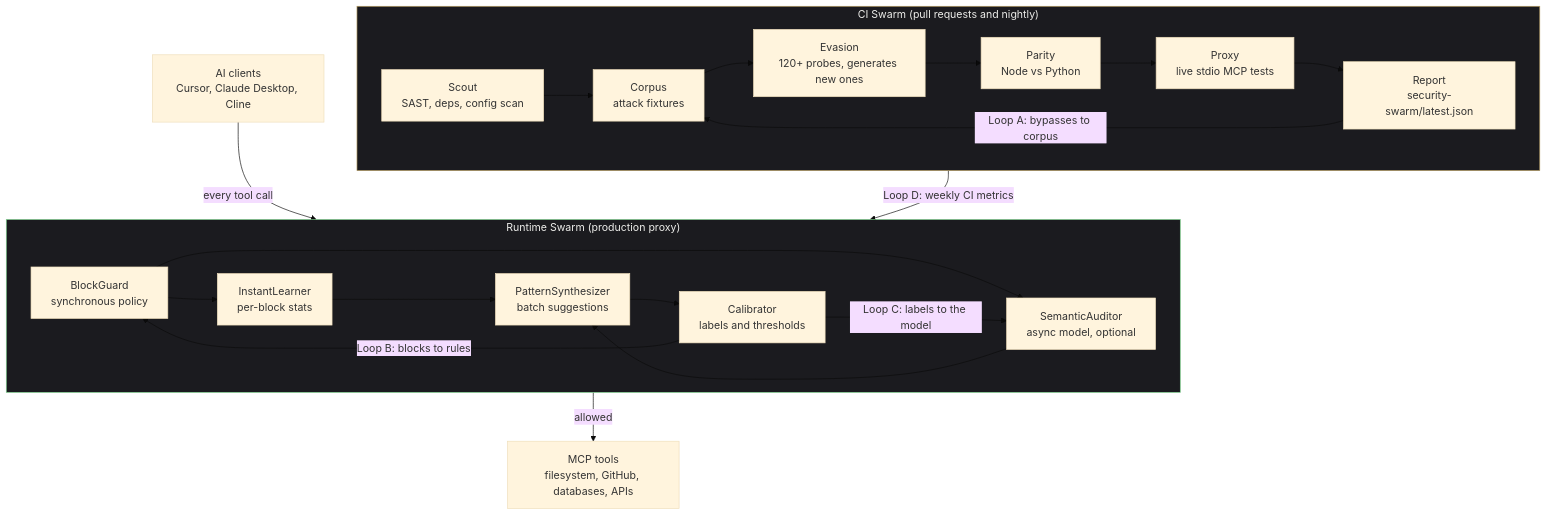
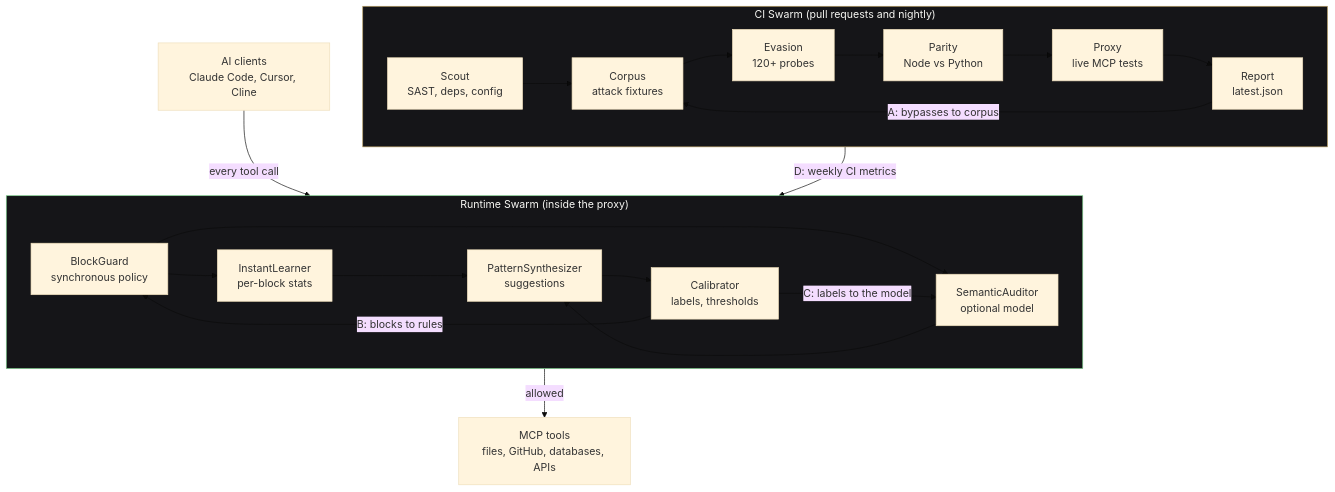
One commit to mastyf-ai/mastyf.ai changed the fifth of 6 diagrams in README.md. Above: the diagram before and after it, drawn with Mermaid (base theme). The commit also changed other lines of this file and 21 other files, not shown here.

````diff
--- a/README.md
+++ b/README.md
@@ -438,38 +356,38 @@
 ```mermaid
 flowchart TB
-  AI["AI clients<br/>Cursor, Claude Desktop, Cline"]
+  AI["AI clients<br/>Claude Code, Cursor, Cline"]
 
   subgraph CI["CI Swarm (pull requests and nightly)"]
     direction LR
-    Scout["Scout<br/>SAST, deps, config scan"]
+    Scout["Scout<br/>SAST, deps, config"]
     Corpus["Corpus<br/>attack fixtures"]
-    Evasion["Evasion<br/>120+ probes, generates new ones"]
+    Evasion["Evasion<br/>120+ probes"]
     Parity["Parity<br/>Node vs Python"]
-    ProxyA["Proxy<br/>live stdio MCP tests"]
-    Report["Report<br/>security-swarm/latest.json"]
+    ProxyA["Proxy<br/>live MCP tests"]
+    Report["Report<br/>latest.json"]
     Scout --> Corpus --> Evasion --> Parity --> ProxyA --> Report
   end
 
-  subgraph Runtime["Runtime Swarm (production proxy)"]
+  subgraph Runtime["Runtime Swarm (inside the proxy)"]
     direction LR
     BG["BlockGuard<br/>synchronous policy"]
     IL["InstantLearner<br/>per-block stats"]
-    SA["SemanticAuditor<br/>async model, optional"]
-    PS["PatternSynthesizer<br/>batch suggestions"]
-    Cal["Calibrator<br/>labels and thresholds"]
+    SA["SemanticAuditor<br/>optional model"]
+    PS["PatternSynthesizer<br/>suggestions"]
+    Cal["Calibrator<br/>labels, thresholds"]
     BG --> IL --> PS --> Cal
     BG --> SA --> PS
   end
 
-  Tools["MCP tools<br/>filesystem, GitHub, databases, APIs"]
+  Tools["MCP tools<br/>files, GitHub, databases, APIs"]
 
   AI -->|every tool call| BG
   BG -->|allowed| Tools
-  Report -->|"Loop A: bypasses to corpus"| Corpus
-  Cal -->|"Loop B: blocks to rules"| BG
-  Cal -->|"Loop C: labels to the model"| SA
-  Report -->|"Loop D: weekly CI metrics"| Cal
+  Report -->|"A: bypasses to corpus"| Corpus
+  Cal -->|"B: blocks to rules"| BG
+  Cal -->|"C: labels to the model"| SA
+  Report -->|"D: weekly CI metrics"| Cal
 
-  style CI fill:#1b1b1f,stroke:#b49a5e,color:#ededea
-  style Runtime fill:#1b1b1f,stroke:#7fd28e,color:#ededea
+  style CI fill:#151518,stroke:#b49a5e,color:#f7f7f3
+  style Runtime fill:#151518,stroke:#7fd28e,color:#f7f7f3
 ```
````
